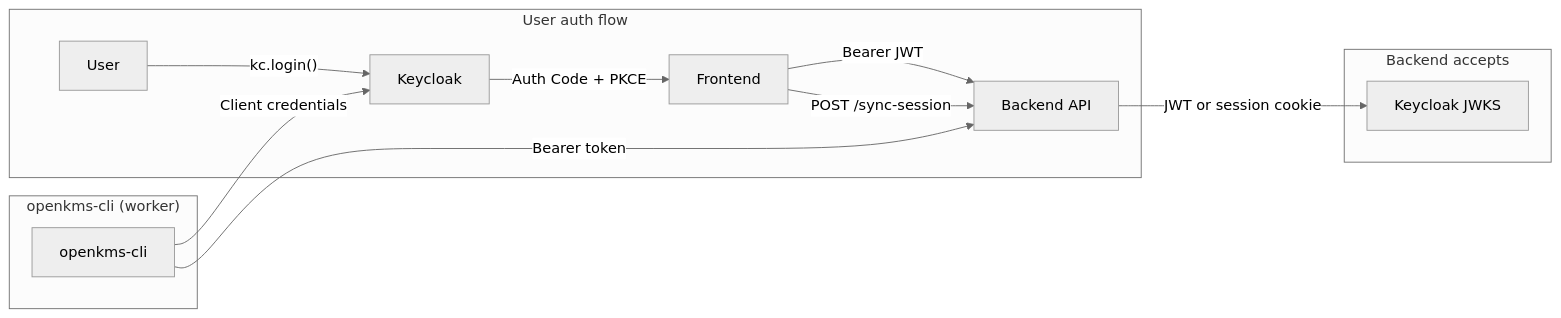
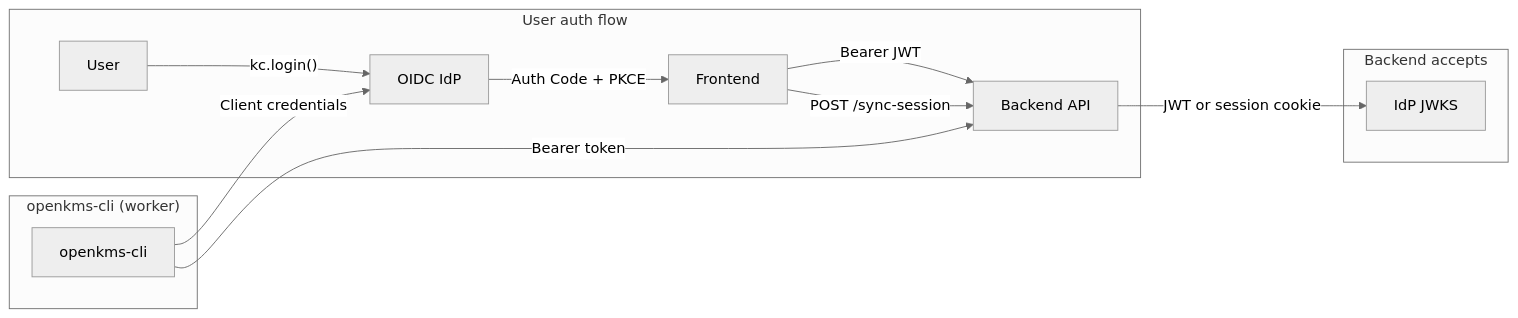
Before and after one commit to yingrui/openKMS: the fifth of 5 diagrams in docs/architecture.md, drawn with Mermaid (neutral theme). The commit also changed other lines of this file and 39 other files, not shown here.

````diff
--- a/docs/architecture.md
+++ b/docs/architecture.md
@@ -330,19 +336,19 @@
 ```mermaid
 flowchart LR
   subgraph UserFlow["User auth flow"]
-    U[User] -->|"kc.login()"| KC[Keycloak]
+    U[User] -->|"kc.login()"| KC[OIDC IdP]
     KC -->|"Auth Code + PKCE"| FE[Frontend]
     FE -->|"Bearer JWT"| BE[Backend API]
     FE -->|"POST /sync-session"| BE
   end
 
   subgraph BackendAuth["Backend accepts"]
     BE
-    BE -->|"JWT or session cookie"| JWKS[Keycloak JWKS]
+    BE -->|"JWT or session cookie"| JWKS[IdP JWKS]
   end
 
   subgraph CLIAuth["openkms-cli (worker)"]
     CLI[openkms-cli] -->|"Client credentials"| KC
     CLI -->|"Bearer token"| BE
   end
 ```
````
